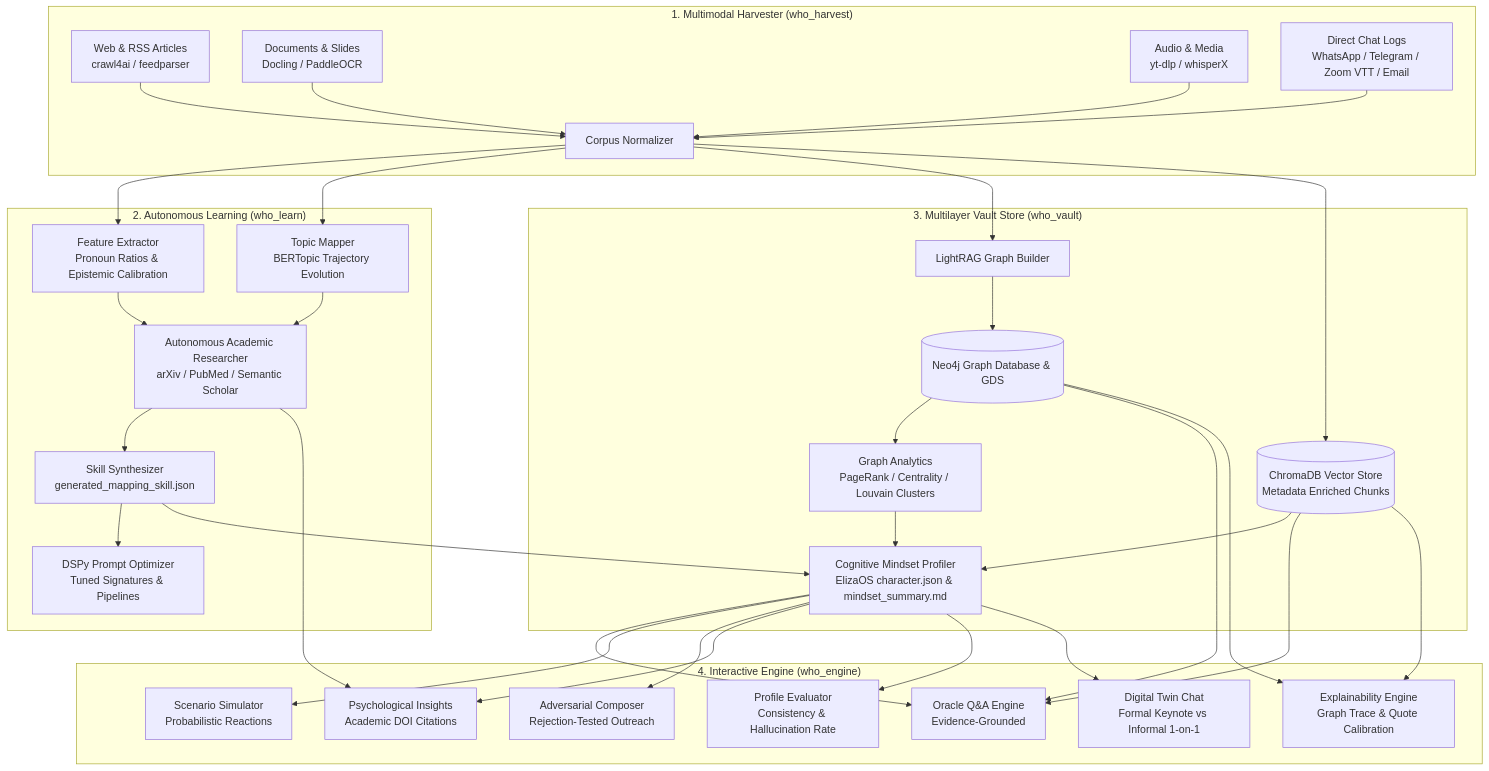
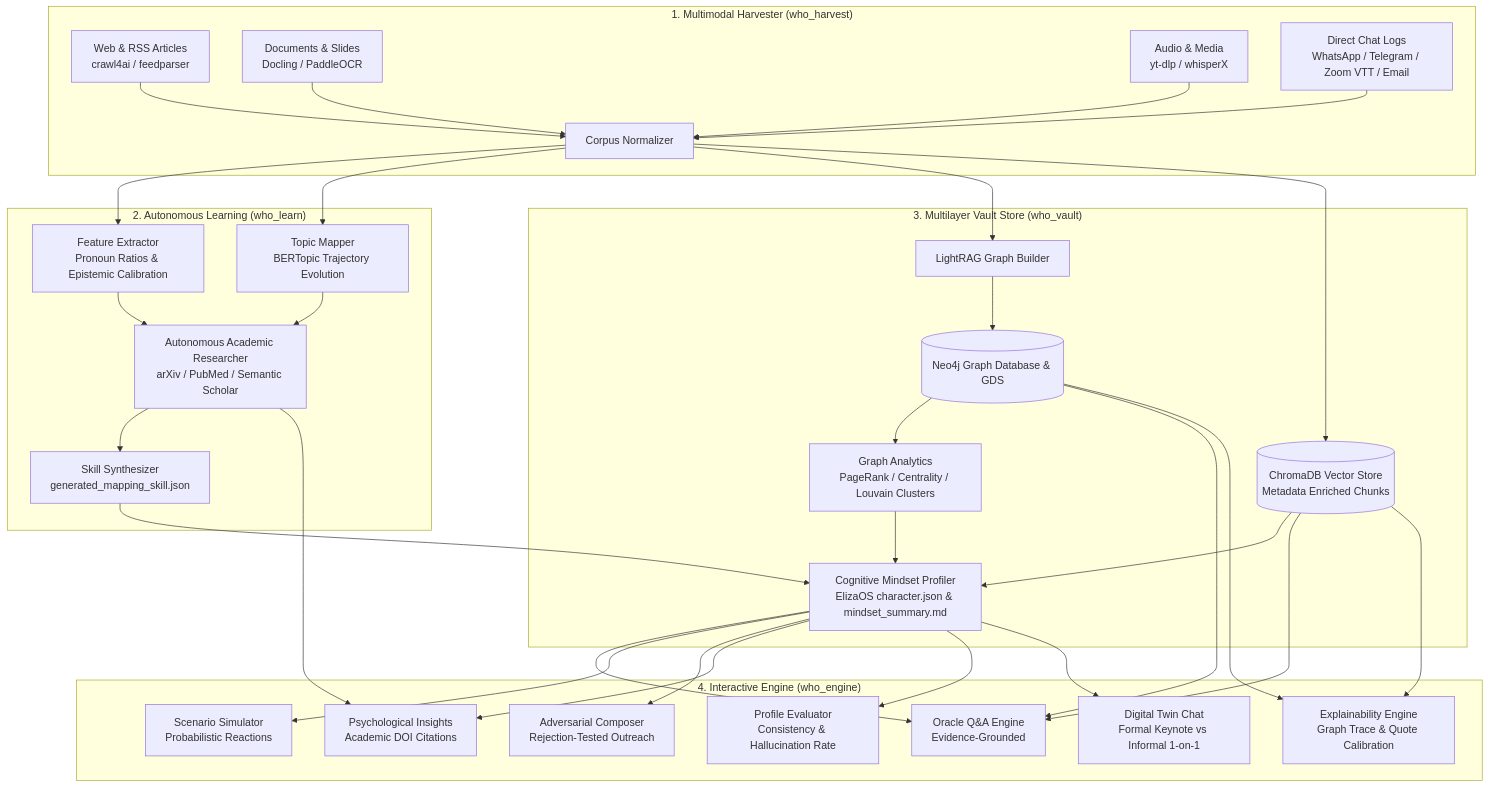
Before and after one commit to tilkiii/the-project-who: the diagram in README.md, drawn with Mermaid. The commit also changed other lines of this file and 33 other files, not shown here.

````diff
--- a/README.md
+++ b/README.md
@@ -71,35 +71,34 @@
 ```mermaid
 flowchart TD
     subgraph Layer1["1. Multimodal Harvester (who_harvest)"]
         A1[Web & RSS Articles\ncrawl4ai / feedparser] --> INGEST[Corpus Normalizer]
         A2[Documents & Slides\nDocling / PaddleOCR] --> INGEST
         A3[Audio & Media\nyt-dlp / whisperX] --> INGEST
         A4[Direct Chat Logs\nWhatsApp / Telegram / Zoom VTT / Email] --> INGEST
     end
 
     subgraph Layer2["2. Autonomous Learning (who_learn)"]
         INGEST --> B1[Feature Extractor\nPronoun Ratios & Epistemic Calibration]
         INGEST --> B2[Topic Mapper\nBERTopic Trajectory Evolution]
         B1 & B2 --> B3[Autonomous Academic Researcher\narXiv / PubMed / Semantic Scholar]
         B3 --> B4[Skill Synthesizer\ngenerated_mapping_skill.json]
-        B4 --> B5[DSPy Prompt Optimizer\nTuned Signatures & Pipelines]
     end
 
     subgraph Layer3["3. Multilayer Vault Store (who_vault)"]
         INGEST --> C1[LightRAG Graph Builder]
         C1 --> C2[(Neo4j Graph Database & GDS)]
         C2 --> C3[Graph Analytics\nPageRank / Centrality / Louvain Clusters]
         INGEST --> C4[(ChromaDB Vector Store\nMetadata Enriched Chunks)]
         C3 & C4 & B4 --> C5[Cognitive Mindset Profiler\nElizaOS character.json & mindset_summary.md]
     end
 
     subgraph Layer4["4. Interactive Engine (who_engine)"]
         C2 & C4 & C5 --> D1[Oracle Q&A Engine\nEvidence-Grounded]
         C5 --> D2[Scenario Simulator\nProbabilistic Reactions]
         C5 --> D3[Adversarial Composer\nRejection-Tested Outreach]
         B3 & C5 --> D4[Psychological Insights\nAcademic DOI Citations]
         C2 & C4 --> D5[Explainability Engine\nGraph Trace & Quote Calibration]
         C5 --> D6[Profile Evaluator\nConsistency & Hallucination Rate]
         C5 --> D7[Digital Twin Chat\nFormal Keynote vs Informal 1-on-1]
     end
 ```
````
